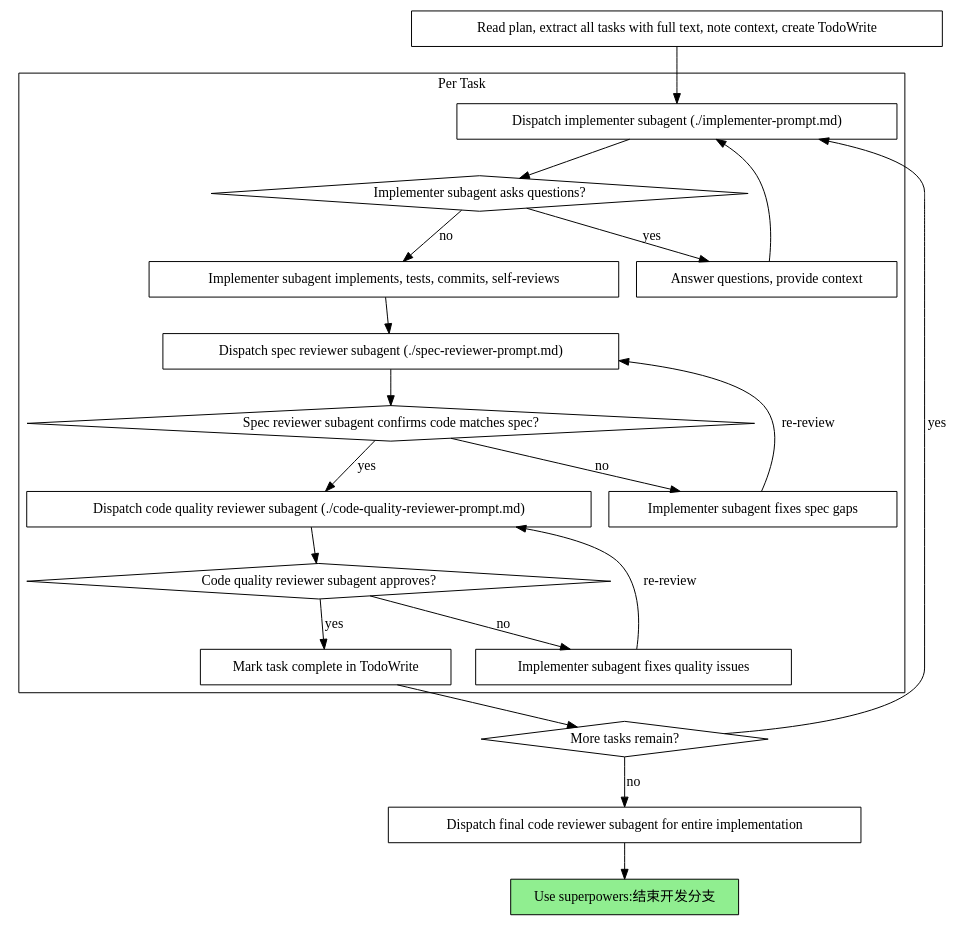
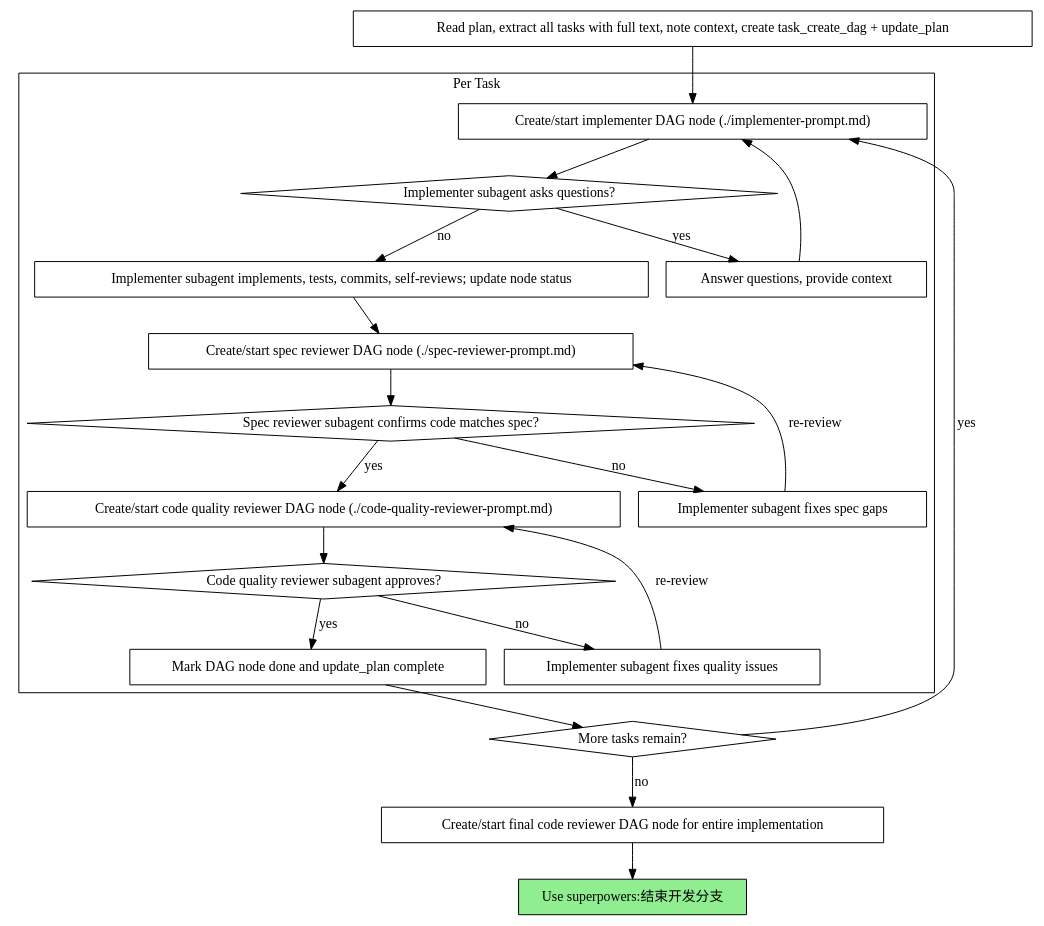
Before and after one commit to lihah111222333-cloud/Super-Dolphin-Agent-Cockpit: the second of 2 diagrams in .agent/skills/子代理驱动开发/SKILL.md, drawn with Graphviz. The commit also changed other lines of this file and 71 other files, not shown here.

````diff
--- a/.agent/skills/子代理驱动开发/SKILL.md
+++ b/.agent/skills/子代理驱动开发/SKILL.md
@@ -43,44 +45,44 @@
 ```dot
 digraph process {
     rankdir=TB;
 
     subgraph cluster_per_task {
         label="Per Task";
-        "Dispatch implementer subagent (./implementer-prompt.md)" [shape=box];
+        "Create/start implementer DAG node (./implementer-prompt.md)" [shape=box];
         "Implementer subagent asks questions?" [shape=diamond];
         "Answer questions, provide context" [shape=box];
-        "Implementer subagent implements, tests, commits, self-reviews" [shape=box];
-        "Dispatch spec reviewer subagent (./spec-reviewer-prompt.md)" [shape=box];
+        "Implementer subagent implements, tests, commits, self-reviews; update node status" [shape=box];
+        "Create/start spec reviewer DAG node (./spec-reviewer-prompt.md)" [shape=box];
         "Spec reviewer subagent confirms code matches spec?" [shape=diamond];
         "Implementer subagent fixes spec gaps" [shape=box];
-        "Dispatch code quality reviewer subagent (./code-quality-reviewer-prompt.md)" [shape=box];
+        "Create/start code quality reviewer DAG node (./code-quality-reviewer-prompt.md)" [shape=box];
         "Code quality reviewer subagent approves?" [shape=diamond];
         "Implementer subagent fixes quality issues" [shape=box];
-        "Mark task complete in TodoWrite" [shape=box];
+        "Mark DAG node done and update_plan complete" [shape=box];
     }
 
-    "Read plan, extract all tasks with full text, note context, create TodoWrite" [shape=box];
+    "Read plan, extract all tasks with full text, note context, create task_create_dag + update_plan" [shape=box];
     "More tasks remain?" [shape=diamond];
-    "Dispatch final code reviewer subagent for entire implementation" [shape=box];
+    "Create/start final code reviewer DAG node for entire implementation" [shape=box];
     "Use superpowers:结束开发分支" [shape=box style=filled fillcolor=lightgreen];
 
-    "Read plan, extract all tasks with full text, note context, create TodoWrite" -> "Dispatch implementer subagent (./implementer-prompt.md)";
-    "Dispatch implementer subagent (./implementer-prompt.md)" -> "Implementer subagent asks questions?";
+    "Read plan, extract all tasks with full text, note context, create task_create_dag + update_plan" -> "Create/start implementer DAG node (./implementer-prompt.md)";
+    "Create/start implementer DAG node (./implementer-prompt.md)" -> "Implementer subagent asks questions?";
     "Implementer subagent asks questions?" -> "Answer questions, provide context" [label="yes"];
-    "Answer questions, provide context" -> "Dispatch implementer subagent (./implementer-prompt.md)";
-    "Implementer subagent asks questions?" -> "Implementer subagent implements, tests, commits, self-reviews" [label="no"];
-    "Implementer subagent implements, tests, commits, self-reviews" -> "Dispatch spec reviewer subagent (./spec-reviewer-prompt.md)";
-    "Dispatch spec reviewer subagent (./spec-reviewer-prompt.md)" -> "Spec reviewer subagent confirms code matches spec?";
+    "Answer questions, provide context" -> "Create/start implementer DAG node (./implementer-prompt.md)";
+    "Implementer subagent asks questions?" -> "Implementer subagent implements, tests, commits, self-reviews; update node status" [label="no"];
+    "Implementer subagent implements, tests, commits, self-reviews; update node status" -> "Create/start spec reviewer DAG node (./spec-reviewer-prompt.md)";
+    "Create/start spec reviewer DAG node (./spec-reviewer-prompt.md)" -> "Spec reviewer subagent confirms code matches spec?";
     "Spec reviewer subagent confirms code matches spec?" -> "Implementer subagent fixes spec gaps" [label="no"];
-    "Implementer subagent fixes spec gaps" -> "Dispatch spec reviewer subagent (./spec-reviewer-prompt.md)" [label="re-review"];
-    "Spec reviewer subagent confirms code matches spec?" -> "Dispatch code quality reviewer subagent (./code-quality-reviewer-prompt.md)" [label="yes"];
-    "Dispatch code quality reviewer subagent (./code-quality-reviewer-prompt.md)" -> "Code quality reviewer subagent approves?";
+    "Implementer subagent fixes spec gaps" -> "Create/start spec reviewer DAG node (./spec-reviewer-prompt.md)" [label="re-review"];
+    "Spec reviewer subagent confirms code matches spec?" -> "Create/start code quality reviewer DAG node (./code-quality-reviewer-prompt.md)" [label="yes"];
+    "Create/start code quality reviewer DAG node (./code-quality-reviewer-prompt.md)" -> "Code quality reviewer subagent approves?";
     "Code quality reviewer subagent approves?" -> "Implementer subagent fixes quality issues" [label="no"];
-    "Implementer subagent fixes quality issues" -> "Dispatch code quality reviewer subagent (./code-quality-reviewer-prompt.md)" [label="re-review"];
-    "Code quality reviewer subagent approves?" -> "Mark task complete in TodoWrite" [label="yes"];
-    "Mark task complete in TodoWrite" -> "More tasks remain?";
-    "More tasks remain?" -> "Dispatch implementer subagent (./implementer-prompt.md)" [label="yes"];
-    "More tasks remain?" -> "Dispatch final code reviewer subagent for entire implementation" [label="no"];
-    "Dispatch final code reviewer subagent for entire implementation" -> "Use superpowers:结束开发分支";
+    "Implementer subagent fixes quality issues" -> "Create/start code quality reviewer DAG node (./code-quality-reviewer-prompt.md)" [label="re-review"];
+    "Code quality reviewer subagent approves?" -> "Mark DAG node done and update_plan complete" [label="yes"];
+    "Mark DAG node done and update_plan complete" -> "More tasks remain?";
+    "More tasks remain?" -> "Create/start implementer DAG node (./implementer-prompt.md)" [label="yes"];
+    "More tasks remain?" -> "Create/start final code reviewer DAG node for entire implementation" [label="no"];
+    "Create/start final code reviewer DAG node for entire implementation" -> "Use superpowers:结束开发分支";
 }
 ```
````
